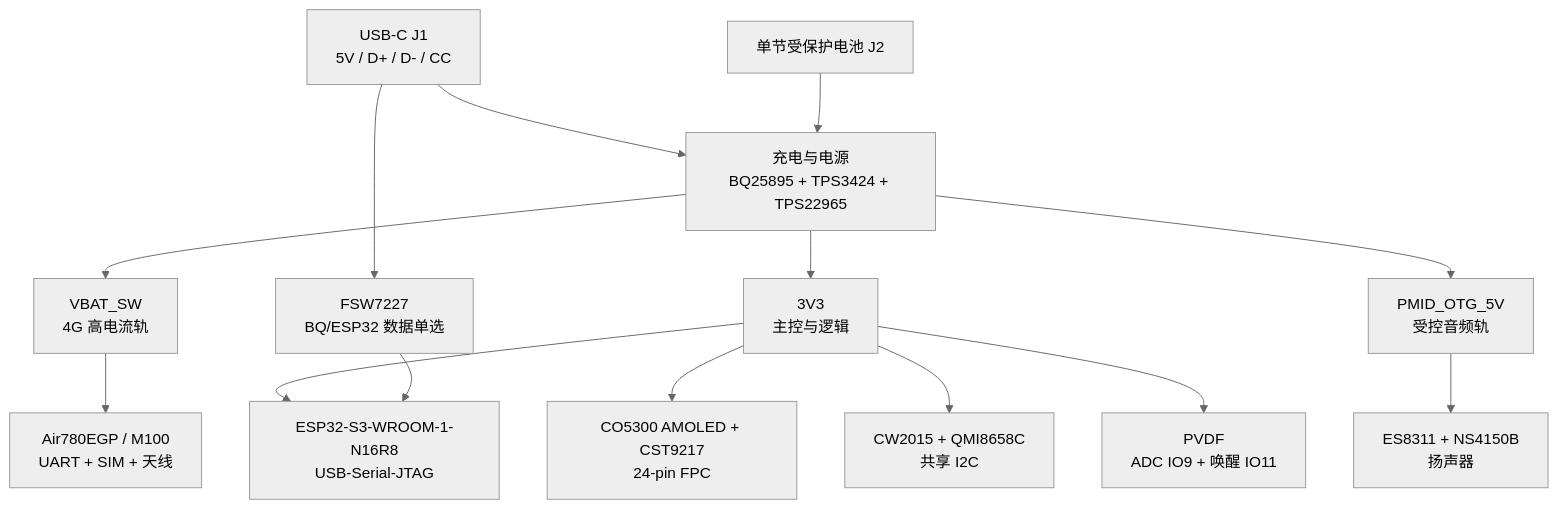
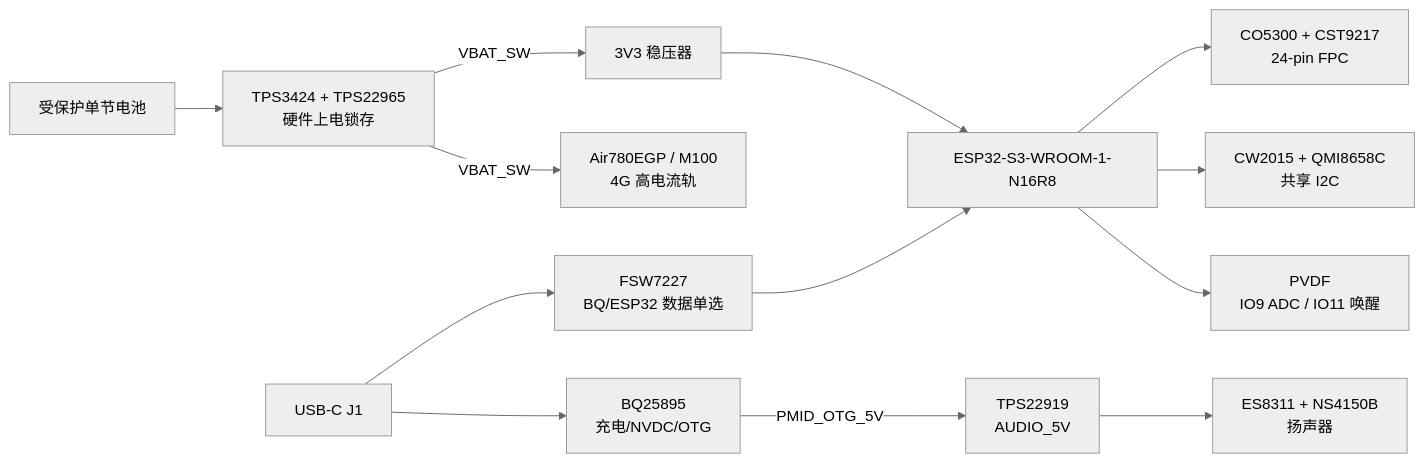
One commit to zhanghongchen1213/Electronic_Wooden_Fish changed the first of 3 diagrams in docs/hardware/电子木鱼-硬件原理图设计基线.md. Above: the diagram before and after it, drawn with Mermaid (neutral theme). The commit also changed other lines of this file, not shown here.

````diff
--- a/docs/hardware/电子木鱼-硬件原理图设计基线.md
+++ b/docs/hardware/电子木鱼-硬件原理图设计基线.md
@@ -15,16 +31,15 @@
 ```mermaid
-flowchart TB
-  USB["USB-C J1\n5V / D+ / D- / CC"] --> PWR["充电与电源\nBQ25895 + TPS3424 + TPS22965"]
-  BAT["单节受保护电池 J2"] --> PWR
-  PWR --> HV["VBAT_SW\n4G 高电流轨"]
-  PWR --> LOGIC["3V3\n主控与逻辑"]
-  PWR --> OTG["PMID_OTG_5V\n受控音频轨"]
-  HV --> MODEM["Air780EGP / M100\nUART + SIM + 天线"]
-  LOGIC --> MCU["ESP32-S3-WROOM-1-N16R8\nUSB-Serial-JTAG"]
-  LOGIC --> DISPLAY["CO5300 AMOLED + CST9217\n24-pin FPC"]
-  LOGIC --> SENSOR["CW2015 + QMI8658C\n共享 I2C"]
-  LOGIC --> PVDF["PVDF\nADC IO9 + 唤醒 IO11"]
-  OTG --> AUDIO["ES8311 + NS4150B\n扬声器"]
-  USB --> MUX["FSW7227\nBQ/ESP32 数据单选"]
+flowchart LR
+  J1["USB-C J1"] --> BQ["BQ25895<br/>充电/NVDC/OTG"]
+  J2["受保护单节电池"] --> LATCH["TPS3424 + TPS22965<br/>硬件上电锁存"]
+  BQ -->|PMID_OTG_5V| PAWR["TPS22919<br/>AUDIO_5V"]
+  LATCH -->|VBAT_SW| M100["Air780EGP / M100<br/>4G 高电流轨"]
+  LATCH -->|VBAT_SW| REG["3V3 稳压器"]
+  REG --> MCU["ESP32-S3-WROOM-1-N16R8"]
+  MCU --> LCD["CO5300 + CST9217<br/>24-pin FPC"]
+  MCU --> SENS["CW2015 + QMI8658C<br/>共享 I2C"]
+  MCU --> PVDF["PVDF<br/>IO9 ADC / IO11 唤醒"]
+  PAWR --> AUDIO["ES8311 + NS4150B<br/>扬声器"]
+  J1 --> MUX["FSW7227<br/>BQ/ESP32 数据单选"]
   MUX --> MCU
 ```
````
